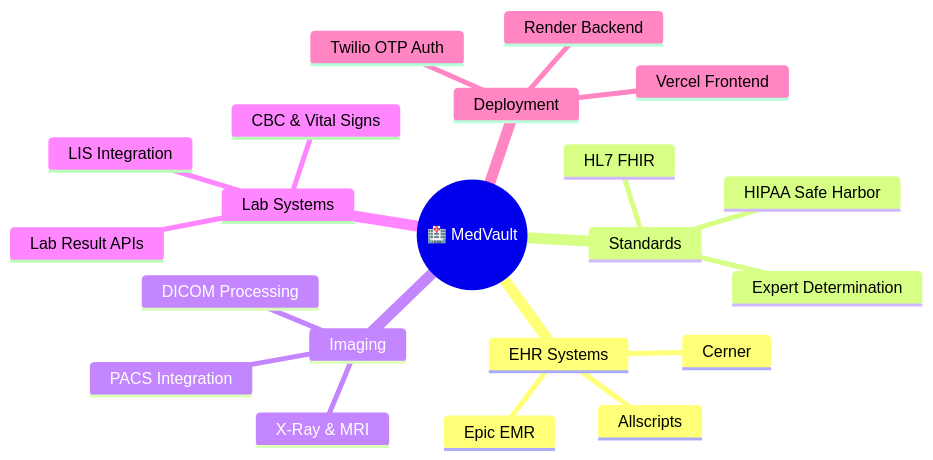
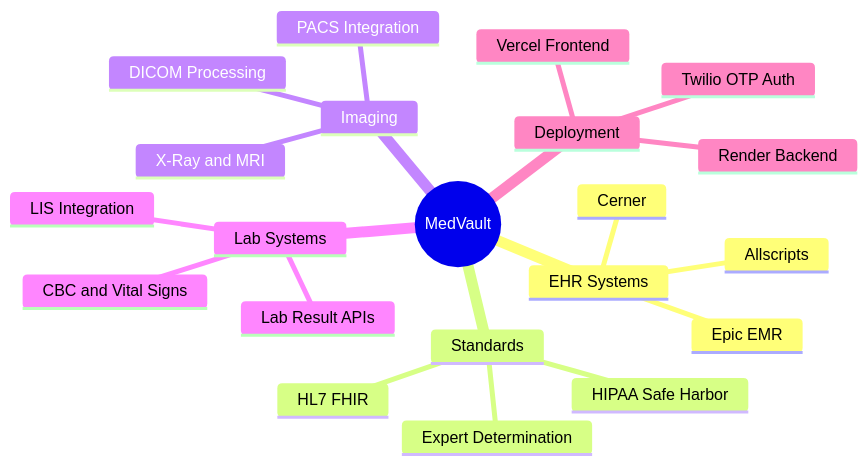
The fourth of 4 diagrams in README.md (vedantjn27/Medvault-Medical-Privacy-Protection-Pipeline-final-implementation), drawn with Mermaid before and after one commit. The commit also changed other lines of this file, not shown here.

````diff
--- a/README.md
+++ b/README.md
@@ -273,24 +265,24 @@
 ```mermaid
 mindmap
-  root((🏥 MedVault))
+  root((MedVault))
     EHR Systems
       Epic EMR
       Cerner
       Allscripts
     Standards
       HL7 FHIR
       HIPAA Safe Harbor
       Expert Determination
     Imaging
       PACS Integration
       DICOM Processing
-      X-Ray & MRI
+      X-Ray and MRI
     Lab Systems
       LIS Integration
       Lab Result APIs
-      CBC & Vital Signs
+      CBC and Vital Signs
     Deployment
       Render Backend
       Vercel Frontend
       Twilio OTP Auth
 ```
````
